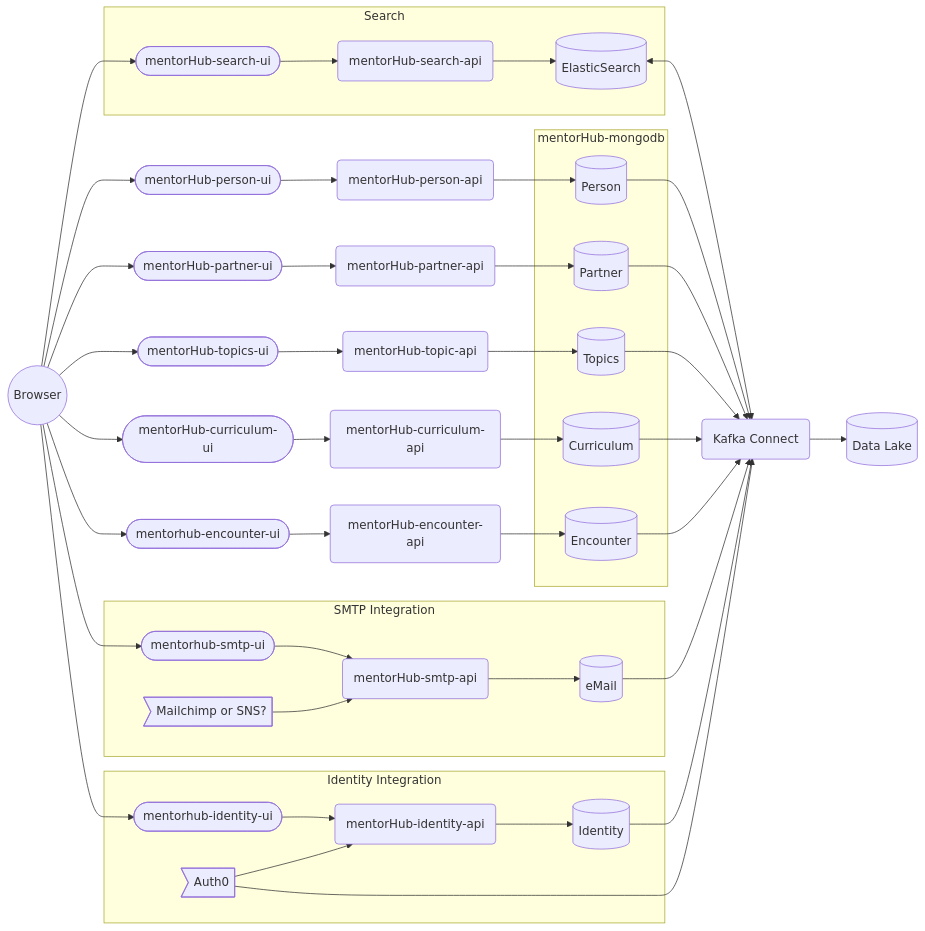
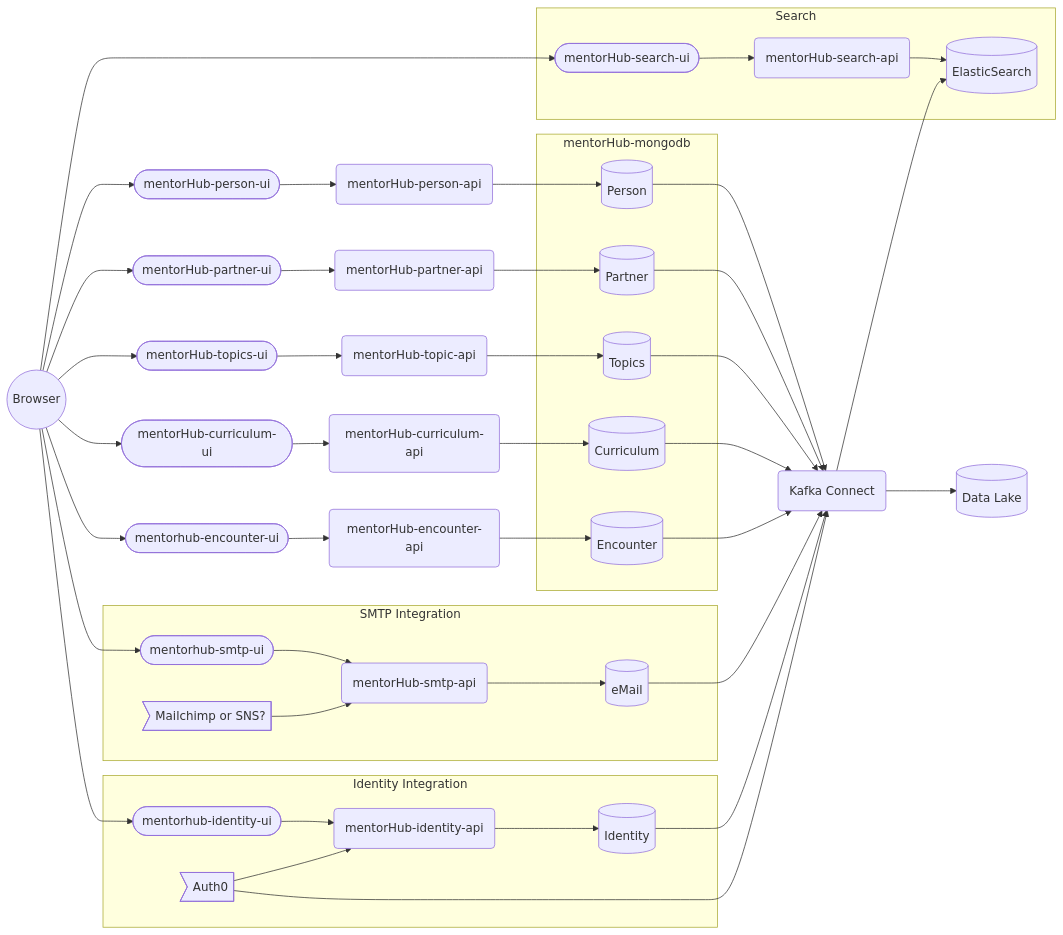
One commit to agile-learning-institute/mentorHub changed the first of 5 diagrams in specifications/ARCHITECTURE.md. Above: the diagram before and after it, drawn with Mermaid.

Commit message:
Fix kafka to search flow in diagram
Would close #104

```diff
--- a/specifications/ARCHITECTURE.md
+++ b/specifications/ARCHITECTURE.md
@@ -30,7 +30,7 @@
         --> SearchAPI(mentorHub-search-api)
         --> SearchService[(ElasticSearch)]
     end
-    SearchService <--> BUS
+    BUS --> SearchService
     
     APIG
     --> PersonUI([mentorHub-person-ui])
```
